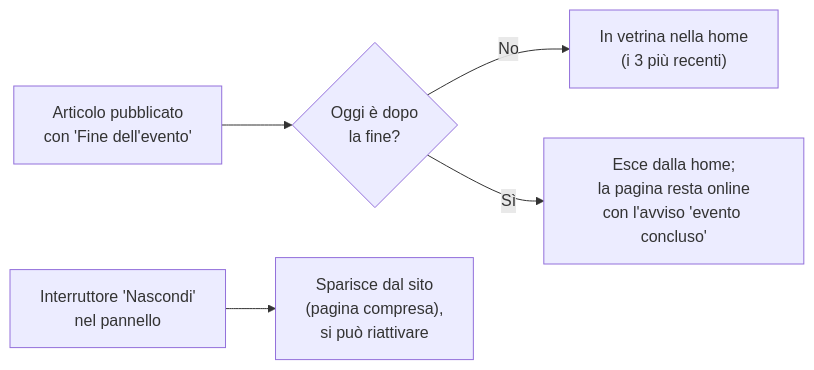
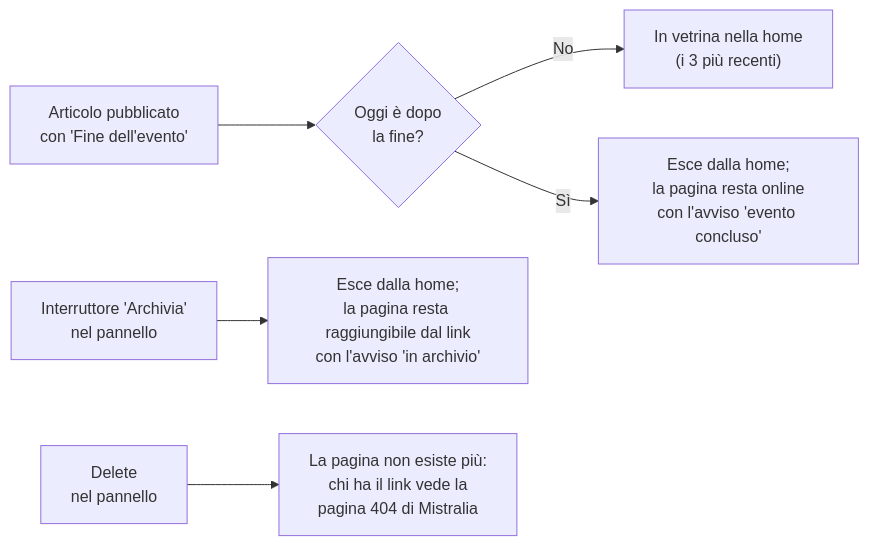
Before and after one commit to mistraliagianluca/mistraliagianluca.github.io: the second of 3 diagrams in docs/03-sito.md, drawn with Mermaid. The commit also changed other lines of this file and 9 other files, not shown here.

````diff
--- a/docs/03-sito.md
+++ b/docs/03-sito.md
@@ -112,7 +119,8 @@
 ```mermaid
 flowchart LR
     A["Articolo pubblicato<br>con 'Fine dell'evento'"] --> B{"Oggi è dopo<br>la fine?"}
     B -->|No| C["In vetrina nella home<br>(i 3 più recenti)"]
     B -->|Sì| D["Esce dalla home;<br>la pagina resta online<br>con l'avviso 'evento concluso'"]
-    E["Interruttore 'Nascondi'<br>nel pannello"] --> F["Sparisce dal sito<br>(pagina compresa),<br>si può riattivare"]
+    E["Interruttore 'Archivia'<br>nel pannello"] --> F["Esce dalla home;<br>la pagina resta raggiungibile dal link<br>con l'avviso 'in archivio'"]
+    G["Delete<br>nel pannello"] --> H["La pagina non esiste più:<br>chi ha il link vede la<br>pagina 404 di Mistralia"]
 ```
````
